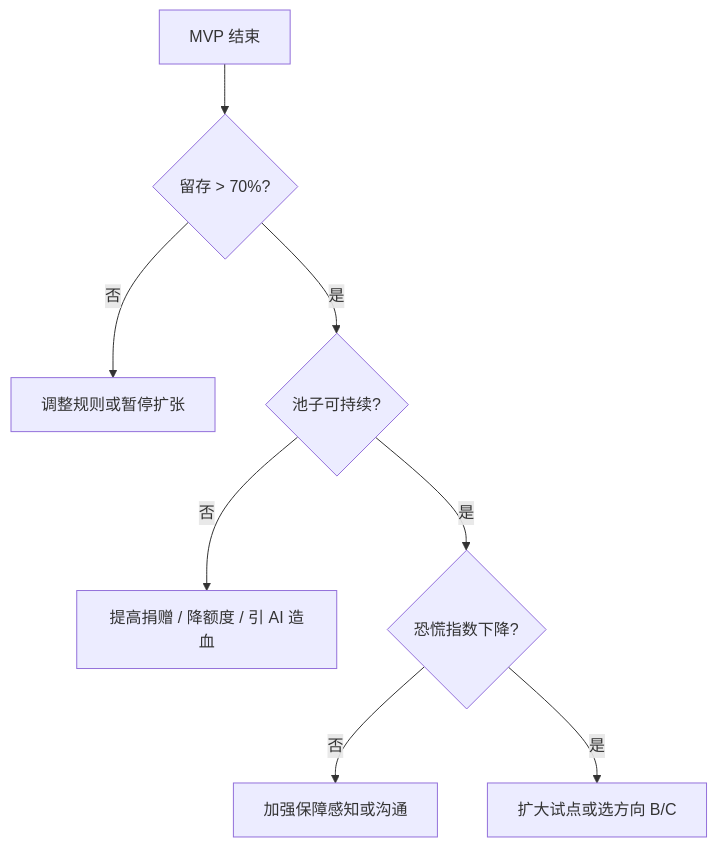
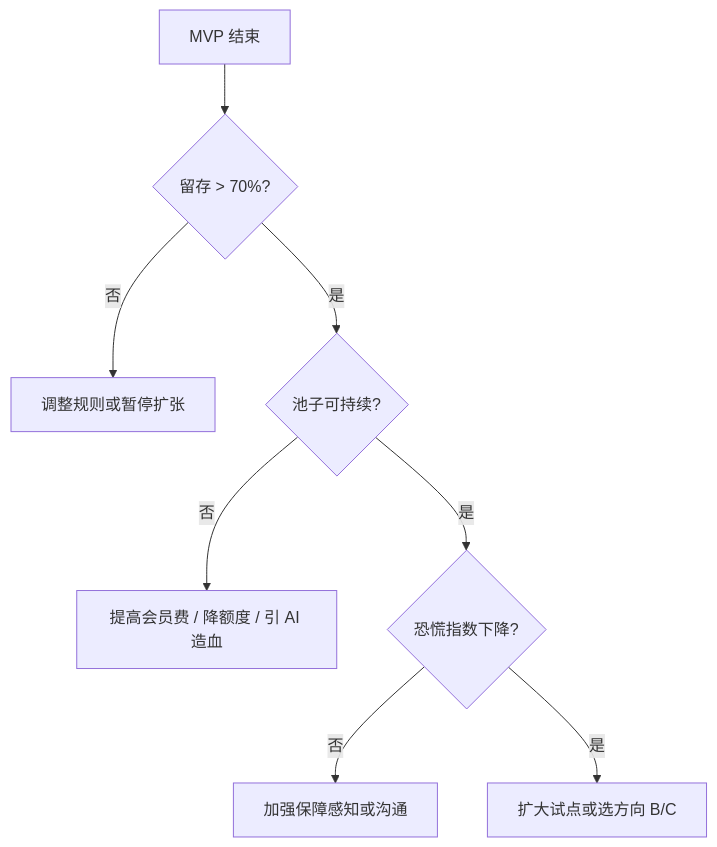
The second of 2 diagrams in docs/design/mvp.md (lengzhao/secure-base), drawn with Mermaid before and after one commit. The commit also changed other lines of this file and 17 other files, not shown here.

````diff
--- a/docs/design/mvp.md
+++ b/docs/design/mvp.md
@@ -150,10 +150,10 @@
 ```mermaid
 flowchart TB
     A[MVP 结束] --> B{留存 > 70%?}
     B -->|否| C[调整规则或暂停扩张]
     B -->|是| D{池子可持续?}
-    D -->|否| E[提高捐赠 / 降额度 / 引 AI 造血]
+    D -->|否| E[提高会员费 / 降额度 / 引 AI 造血]
     D -->|是| F{恐慌指数下降?}
     F -->|否| G[加强保障感知或沟通]
     F -->|是| H[扩大试点或选方向 B/C]
 ```
````
